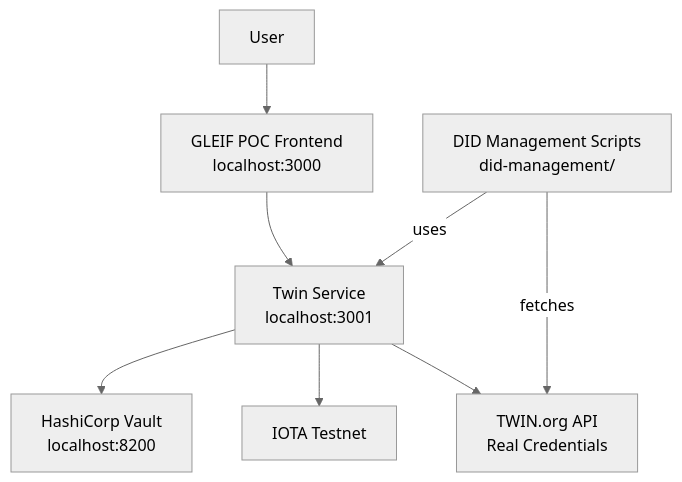
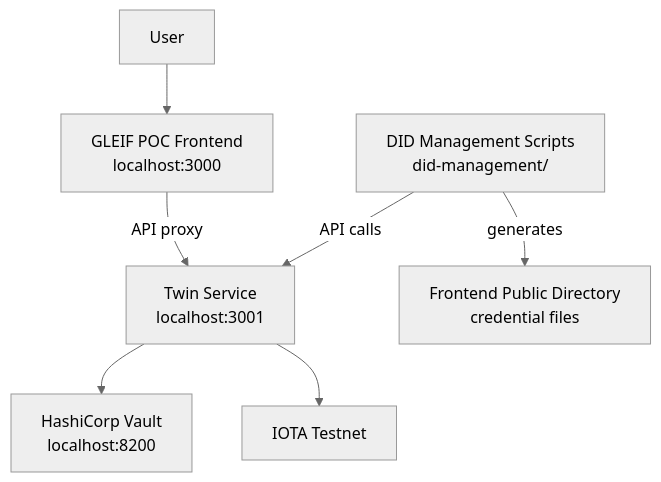
One commit to gtscio/gleif-poc changed the diagram in README.md. Above: the diagram before and after it, drawn with Mermaid (neutral theme). The commit also changed 6 other files, not shown here.

````diff
--- a/README.md
+++ b/README.md
@@ -38,10 +38,9 @@
 ```mermaid
 graph TD
     A[User] --> B[GLEIF POC Frontend<br/>localhost:3000];
-    B --> C[Twin Service<br/>localhost:3001];
+    B -->|API proxy| C[Twin Service<br/>localhost:3001];
     C --> D[HashiCorp Vault<br/>localhost:8200];
     C --> E[IOTA Testnet];
-    C --> F[TWIN.org API<br/>Real Credentials];
-    G[DID Management Scripts<br/>did-management/] -->|uses| C;
-    G -->|fetches| F;
+    F[DID Management Scripts<br/>did-management/] -->|API calls| C;
+    F -->|generates| G[Frontend Public Directory<br/>credential files];
 ```
````
